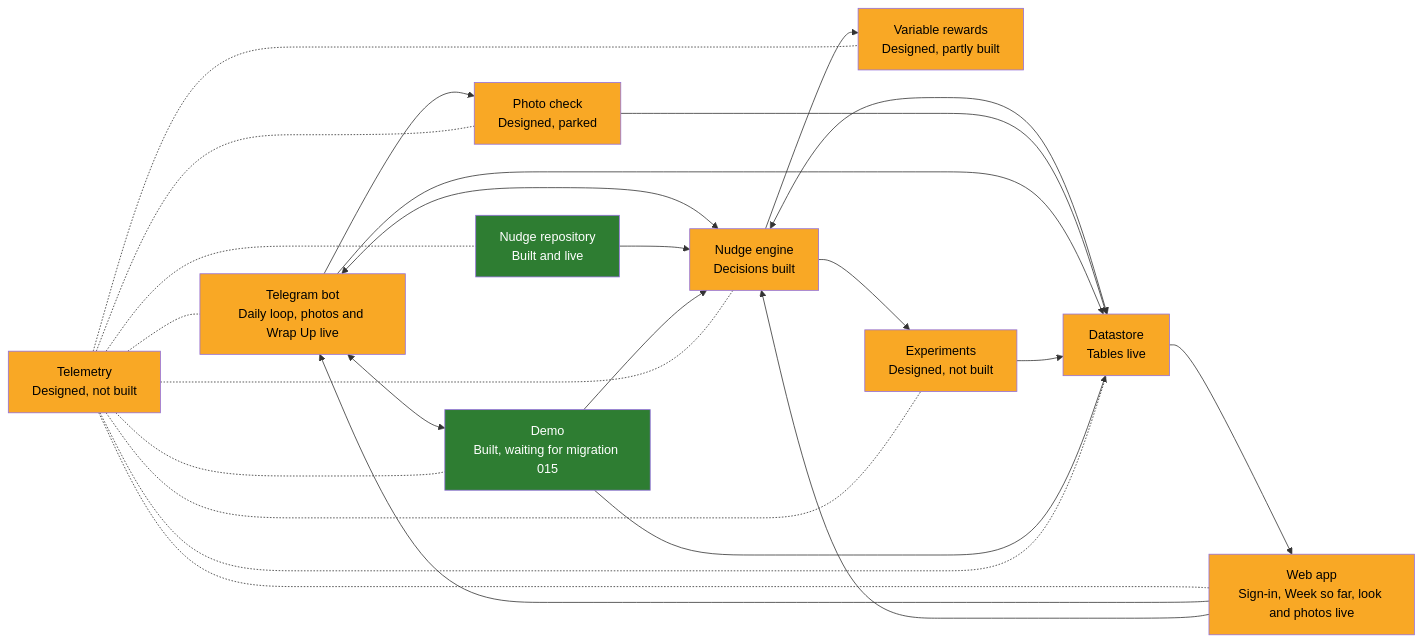
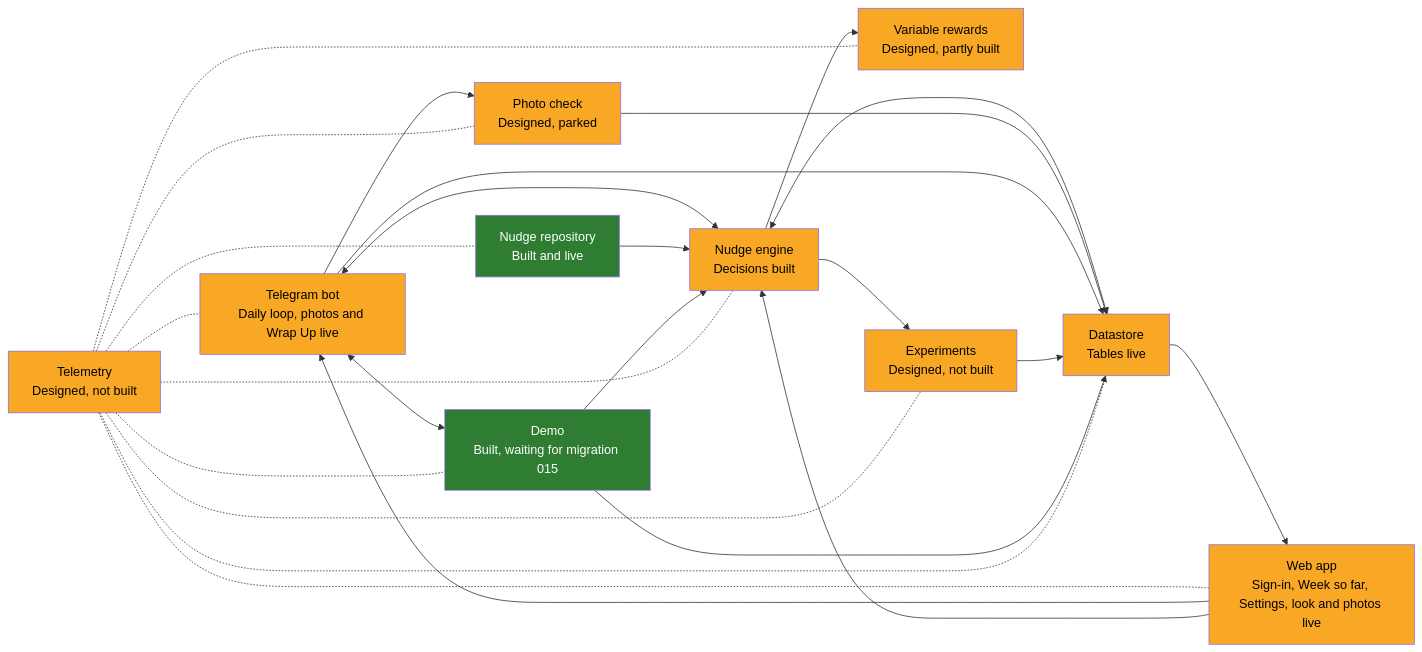
The diagram in docs/ARCHITECTURE.md (WeiLieh/FamilyHabitBuilder), drawn with Mermaid before and after one commit. The commit also changed other lines of this file and 6 other files, not shown here.

First line of the commit message:
Session 21 end (after Settings): handoff, catch-up, time and learning logs, Web app status

````diff
--- a/docs/ARCHITECTURE.md
+++ b/docs/ARCHITECTURE.md
@@ -5,42 +5,42 @@
 ```mermaid
 flowchart LR
     telegram["Telegram bot<br/>Daily loop, photos and Wrap Up live"]:::part
     engine["Nudge engine<br/>Decisions built"]:::part
     repository["Nudge repository<br/>Built and live"]:::done
     photo["Photo check<br/>Designed, parked"]:::part
     rewards["Variable rewards<br/>Designed, partly built"]:::part
     datastore["Datastore<br/>Tables live"]:::part
-    webapp["Web app<br/>Sign-in, Week so far, look and photos live"]:::part
+    webapp["Web app<br/>Sign-in, Week so far, Settings, look and photos live"]:::part
     telemetry["Telemetry<br/>Designed, not built"]:::part
     experiments["Experiments<br/>Designed, not built"]:::part
     demo["Demo<br/>Built, waiting for migration 015"]:::done
 
     telegram <--> engine
     repository --> engine
     engine --> rewards
     engine <--> datastore
     telegram --> photo
     photo --> datastore
     telegram --> datastore
     datastore --> webapp
     engine --> experiments
     experiments --> datastore
     telegram <--> demo
     demo --> engine
     demo --> datastore
     webapp --> telegram
     webapp --> engine
     telemetry -.- telegram
     telemetry -.- engine
     telemetry -.- repository
     telemetry -.- photo
     telemetry -.- rewards
     telemetry -.- datastore
     telemetry -.- webapp
     telemetry -.- experiments
     telemetry -.- demo
 
     classDef done fill:#2e7d32,color:#ffffff
     classDef part fill:#f9a825,color:#000000
     classDef todo fill:#9e9e9e,color:#000000
 ```
````
